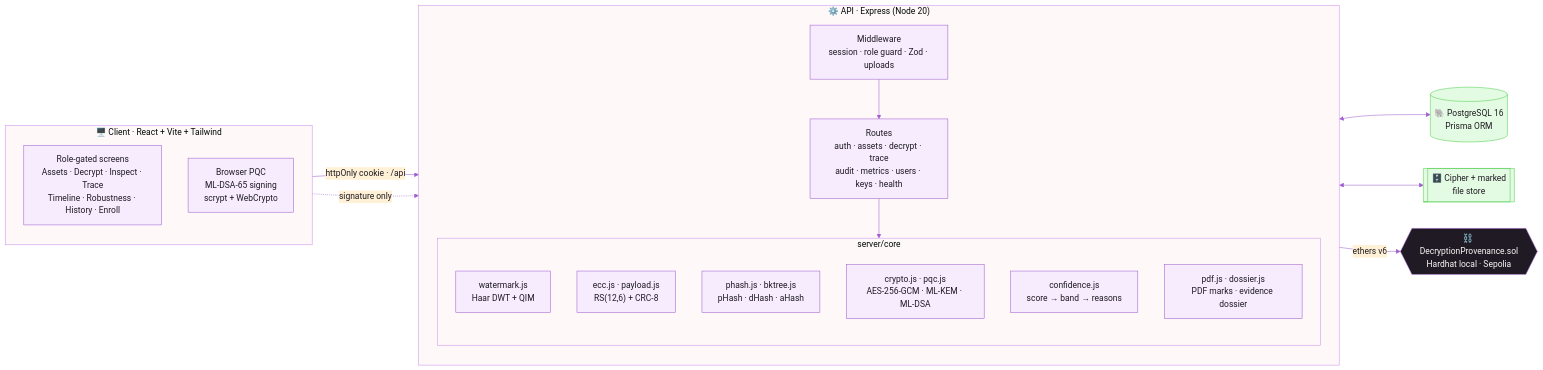
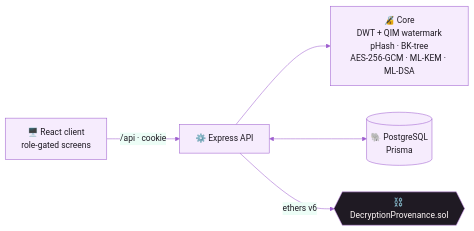
The first of 3 diagrams in README.md (TIRTHPATEL3086/idex_trinetra), drawn with Mermaid before and after one commit. The commit also changed other lines of this file, not shown here.

````diff
--- a/README.md
+++ b/README.md
@@ -122,40 +34,10 @@
 ```mermaid
-%%{init: {'theme':'base','themeVariables':{'fontFamily':'Inter, Segoe UI, sans-serif','primaryColor':'#f6ecfd','primaryBorderColor':'#9e5ecf','primaryTextColor':'#1f1a23','lineColor':'#9e5ecf','secondaryColor':'#fff1d6','tertiaryColor':'#fff8f8','clusterBkg':'#fff8f8','clusterBorder':'#cc91f0'}}}%%
+%%{init: {'theme':'base','themeVariables':{'fontFamily':'Inter, Segoe UI, sans-serif','primaryColor':'#f6ecfd','primaryBorderColor':'#9e5ecf','primaryTextColor':'#1f1a23','lineColor':'#9e5ecf'}}}%%
 flowchart LR
-    subgraph C["🖥️ Client · React + Vite + Tailwind"]
-        direction TB
-        UI["Role-gated screens<br/>Assets · Decrypt · Inspect · Trace<br/>Timeline · Robustness · History · Enroll"]
-        BPQC["Browser PQC<br/>ML-DSA-65 signing<br/>scrypt + WebCrypto"]
-    end
-
-    subgraph S["⚙️ API · Express (Node 20)"]
-        direction TB
-        MW["Middleware<br/>session · role guard · Zod · uploads"]
-        R["Routes<br/>auth · assets · decrypt · trace<br/>audit · metrics · users · keys · health"]
-        subgraph CORE["server/core"]
-            direction TB
-            WM["watermark.js<br/>Haar DWT + QIM"]
-            ECC["ecc.js · payload.js<br/>RS(12,6) + CRC-8"]
-            PH["phash.js · bktree.js<br/>pHash · dHash · aHash"]
-            CR["crypto.js · pqc.js<br/>AES-256-GCM · ML-KEM · ML-DSA"]
-            CF["confidence.js<br/>score → band → reasons"]
-            PDF["pdf.js · dossier.js<br/>PDF marks · evidence dossier"]
-        end
-    end
-
-    DB[("🐘 PostgreSQL 16<br/>Prisma ORM")]
-    FS[["🗄️ Cipher + marked<br/>file store"]]
-    CH{{"⛓️ DecryptionProvenance.sol<br/>Hardhat local · Sepolia"}}
-
-    UI -- "httpOnly cookie · /api" --> MW --> R
-    BPQC -. "signature only" .-> R
-    R --> CORE
-    R <--> DB
-    R <--> FS
-    R -- "ethers v6" --> CH
-
-    classDef chain fill:#1f1a23,stroke:#cc91f0,color:#fff8f8
-    classDef store fill:#e4fbe3,stroke:#4fcd4c,color:#1f1a23
-    class CH chain
-    class DB,FS store
+    UI["🖥️ React client<br/>role-gated screens"] -- "/api · cookie" --> API["⚙️ Express API"]
+    API --> CORE["🔏 Core<br/>DWT + QIM watermark<br/>pHash · BK-tree<br/>AES-256-GCM · ML-KEM · ML-DSA"]
+    API <--> DB[("🐘 PostgreSQL<br/>Prisma")]
+    API -- "ethers v6" --> CH{{"⛓️ DecryptionProvenance.sol"}}
+    classDef dark fill:#1f1a23,stroke:#cc91f0,color:#fff8f8
+    class CH dark
 ```
````
